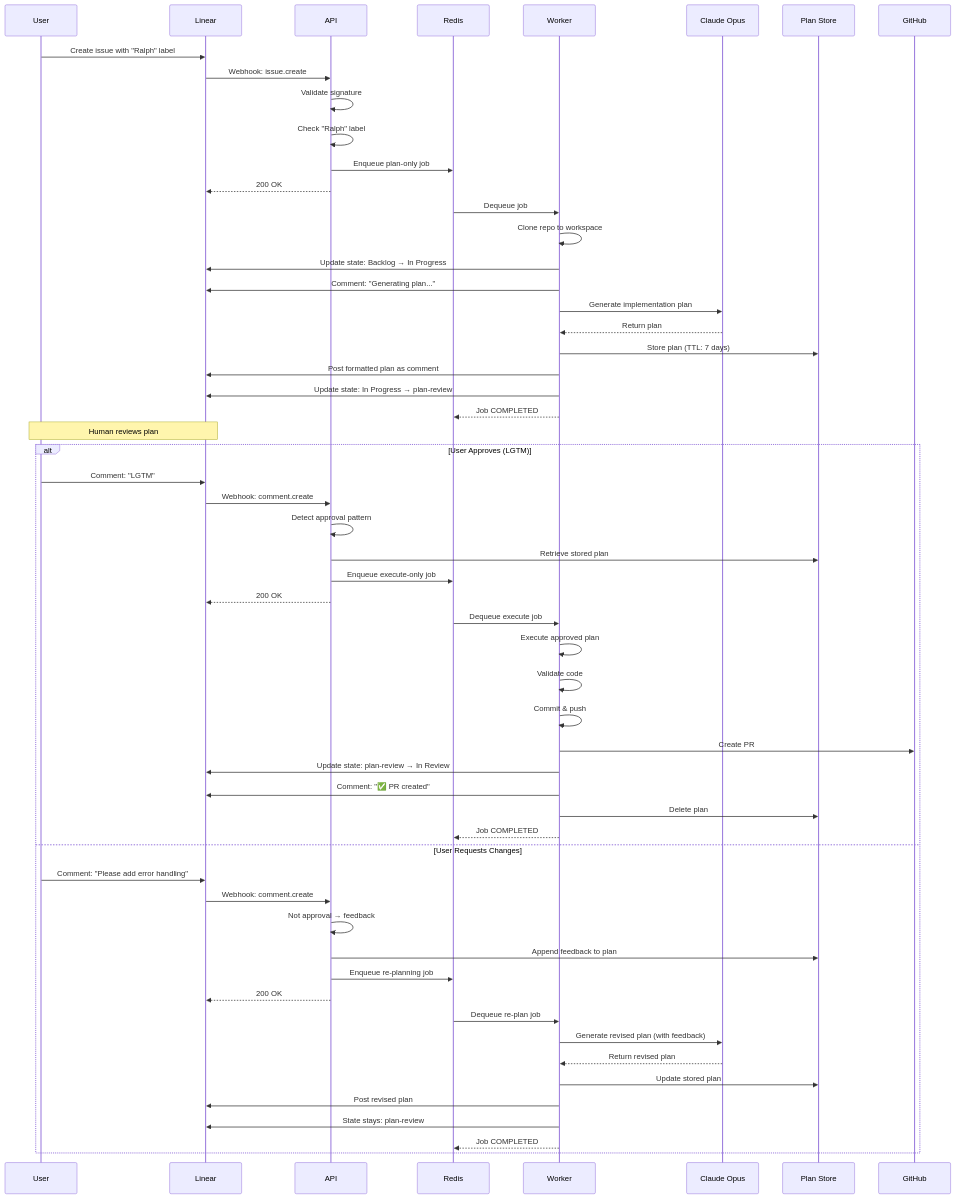
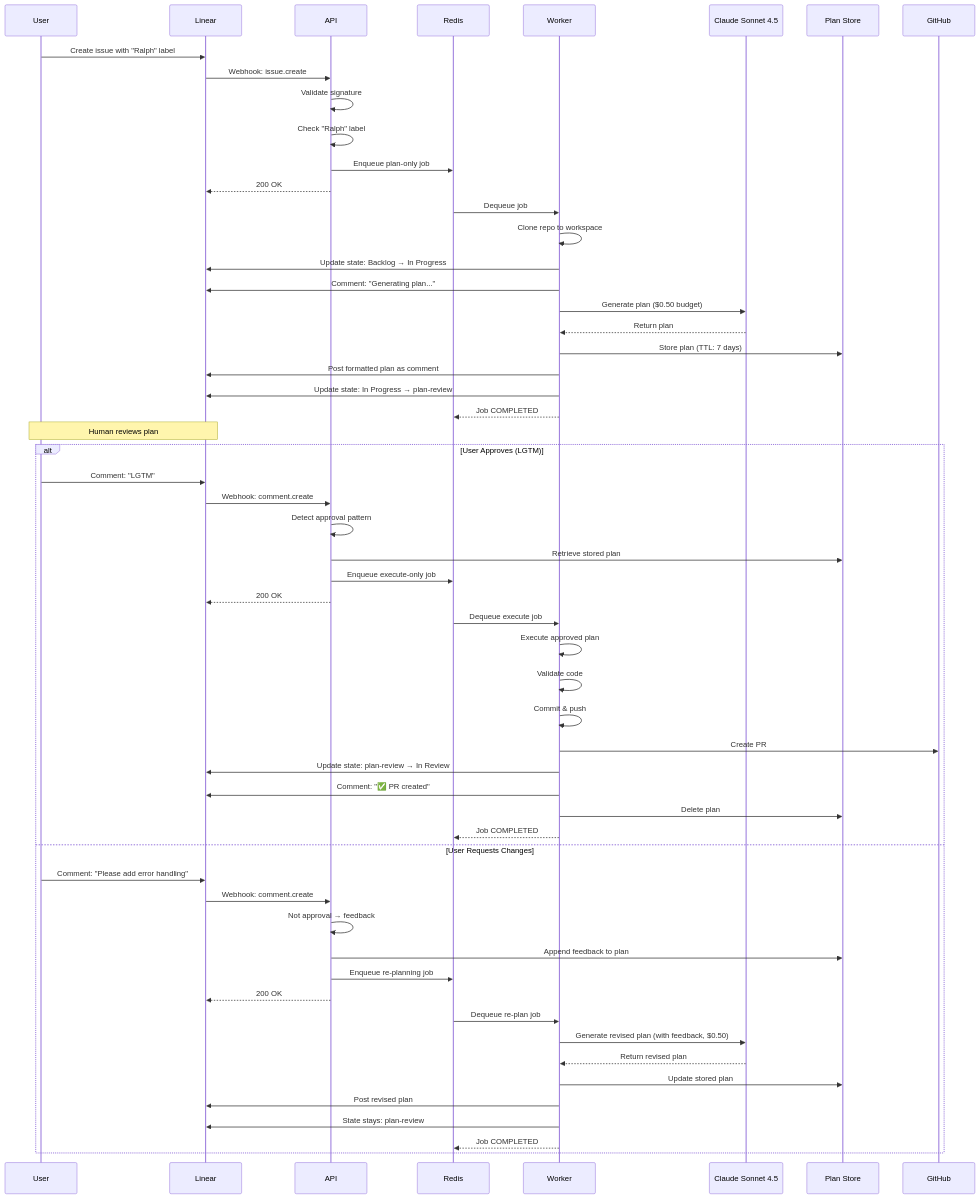
One commit to Replikanti/ralph-platform changed the second of 7 diagrams in ARCHITECTURE.md. Above: the diagram before and after it, drawn with Mermaid. The commit also changed other lines of this file and 5 other files, not shown here.

````diff
--- a/ARCHITECTURE.md
+++ b/ARCHITECTURE.md
@@ -225,65 +226,65 @@
 ```mermaid
 sequenceDiagram
     participant User
     participant Linear
     participant API
     participant Redis
     participant Worker
-    participant Opus as Claude Opus
+    participant Sonnet as Claude Sonnet 4.5
     participant Store as Plan Store
 
     User->>Linear: Create issue with "Ralph" label
     Linear->>API: Webhook: issue.create
     API->>API: Validate signature
     API->>API: Check "Ralph" label
     API->>Redis: Enqueue plan-only job
     API-->>Linear: 200 OK
 
     Redis->>Worker: Dequeue job
     Worker->>Worker: Clone repo to workspace
     Worker->>Linear: Update state: Backlog → In Progress
     Worker->>Linear: Comment: "Generating plan..."
-    Worker->>Opus: Generate implementation plan
-    Opus-->>Worker: Return plan
+    Worker->>Sonnet: Generate plan ($0.50 budget)
+    Sonnet-->>Worker: Return plan
     Worker->>Store: Store plan (TTL: 7 days)
     Worker->>Linear: Post formatted plan as comment
     Worker->>Linear: Update state: In Progress → plan-review
     Worker-->>Redis: Job COMPLETED
 
     Note over Linear,User: Human reviews plan
 
     alt User Approves (LGTM)
         User->>Linear: Comment: "LGTM"
         Linear->>API: Webhook: comment.create
         API->>API: Detect approval pattern
         API->>Store: Retrieve stored plan
         API->>Redis: Enqueue execute-only job
         API-->>Linear: 200 OK
 
         Redis->>Worker: Dequeue execute job
         Worker->>Worker: Execute approved plan
         Worker->>Worker: Validate code
         Worker->>Worker: Commit & push
         Worker->>GitHub: Create PR
         Worker->>Linear: Update state: plan-review → In Review
         Worker->>Linear: Comment: "✅ PR created"
         Worker->>Store: Delete plan
         Worker-->>Redis: Job COMPLETED
 
     else User Requests Changes
         User->>Linear: Comment: "Please add error handling"
         Linear->>API: Webhook: comment.create
         API->>API: Not approval → feedback
         API->>Store: Append feedback to plan
         API->>Redis: Enqueue re-planning job
         API-->>Linear: 200 OK
 
         Redis->>Worker: Dequeue re-plan job
-        Worker->>Opus: Generate revised plan (with feedback)
-        Opus-->>Worker: Return revised plan
+        Worker->>Sonnet: Generate revised plan (with feedback, $0.50)
+        Sonnet-->>Worker: Return revised plan
         Worker->>Store: Update stored plan
         Worker->>Linear: Post revised plan
         Worker->>Linear: State stays: plan-review
         Worker-->>Redis: Job COMPLETED
     end
 ```
````
